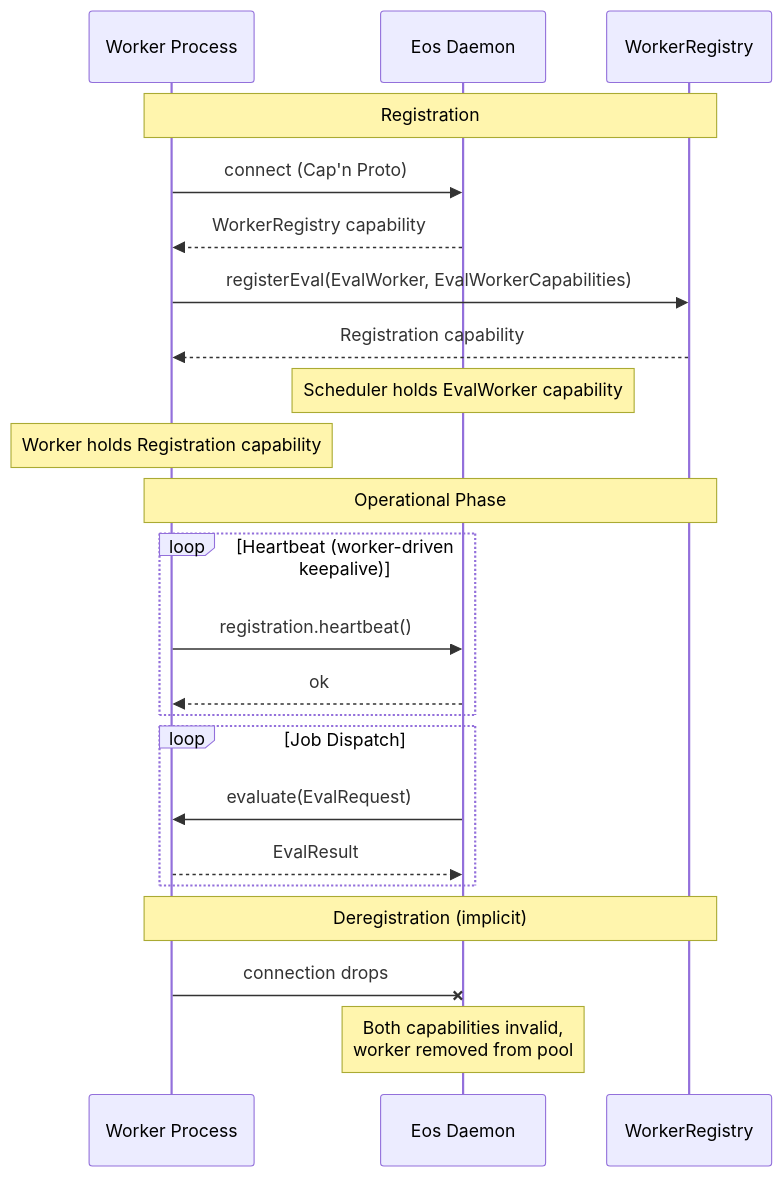
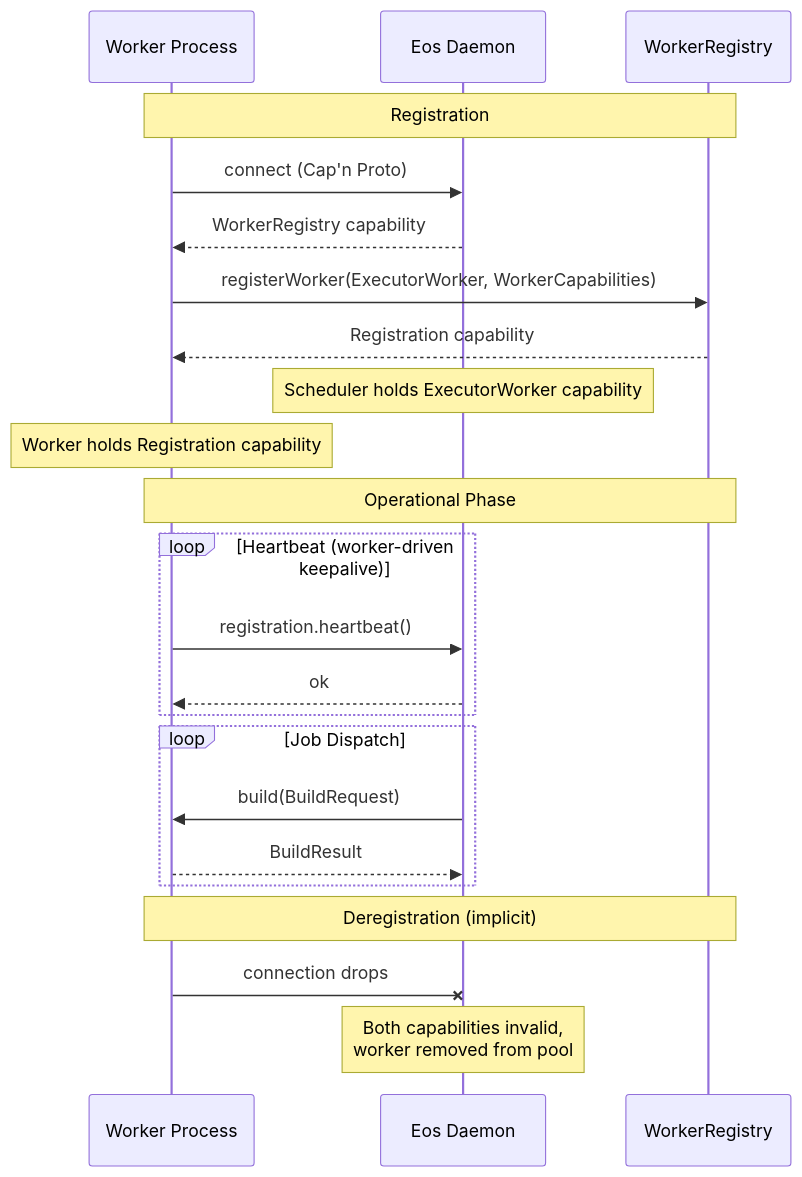
One commit to axiosoph/axios changed the sixth of 9 diagrams in docs/architecture/eos-sad.md. Above: the diagram before and after it, drawn with Mermaid. The commit also changed other lines of this file, not shown here.

First line of the commit message:
docs(eos): rewrite eos-sad.md to the atom-DAG scheduler model

````diff
--- a/docs/architecture/eos-sad.md
+++ b/docs/architecture/eos-sad.md
@@ -438,28 +422,28 @@
 ```mermaid
 sequenceDiagram
     participant Worker as Worker Process
     participant Daemon as Eos Daemon
     participant Registry as WorkerRegistry
 
     Note over Worker,Registry: Registration
     Worker->>Daemon: connect (Cap'n Proto)
     Daemon-->>Worker: WorkerRegistry capability
-    Worker->>Registry: registerEval(EvalWorker, EvalWorkerCapabilities)
+    Worker->>Registry: registerWorker(ExecutorWorker, WorkerCapabilities)
     Registry-->>Worker: Registration capability
-    Note over Daemon: Scheduler holds EvalWorker capability
+    Note over Daemon: Scheduler holds ExecutorWorker capability
     Note over Worker: Worker holds Registration capability
 
     Note over Worker,Registry: Operational Phase
     loop Heartbeat (worker-driven keepalive)
         Worker->>Daemon: registration.heartbeat()
         Daemon-->>Worker: ok
     end
     loop Job Dispatch
-        Daemon->>Worker: evaluate(EvalRequest)
-        Worker-->>Daemon: EvalResult
+        Daemon->>Worker: build(BuildRequest)
+        Worker-->>Daemon: BuildResult
     end
 
     Note over Worker,Registry: Deregistration (implicit)
     Worker-xDaemon: connection drops
     Note over Daemon: Both capabilities invalid,<br/>worker removed from pool
 ```
````
